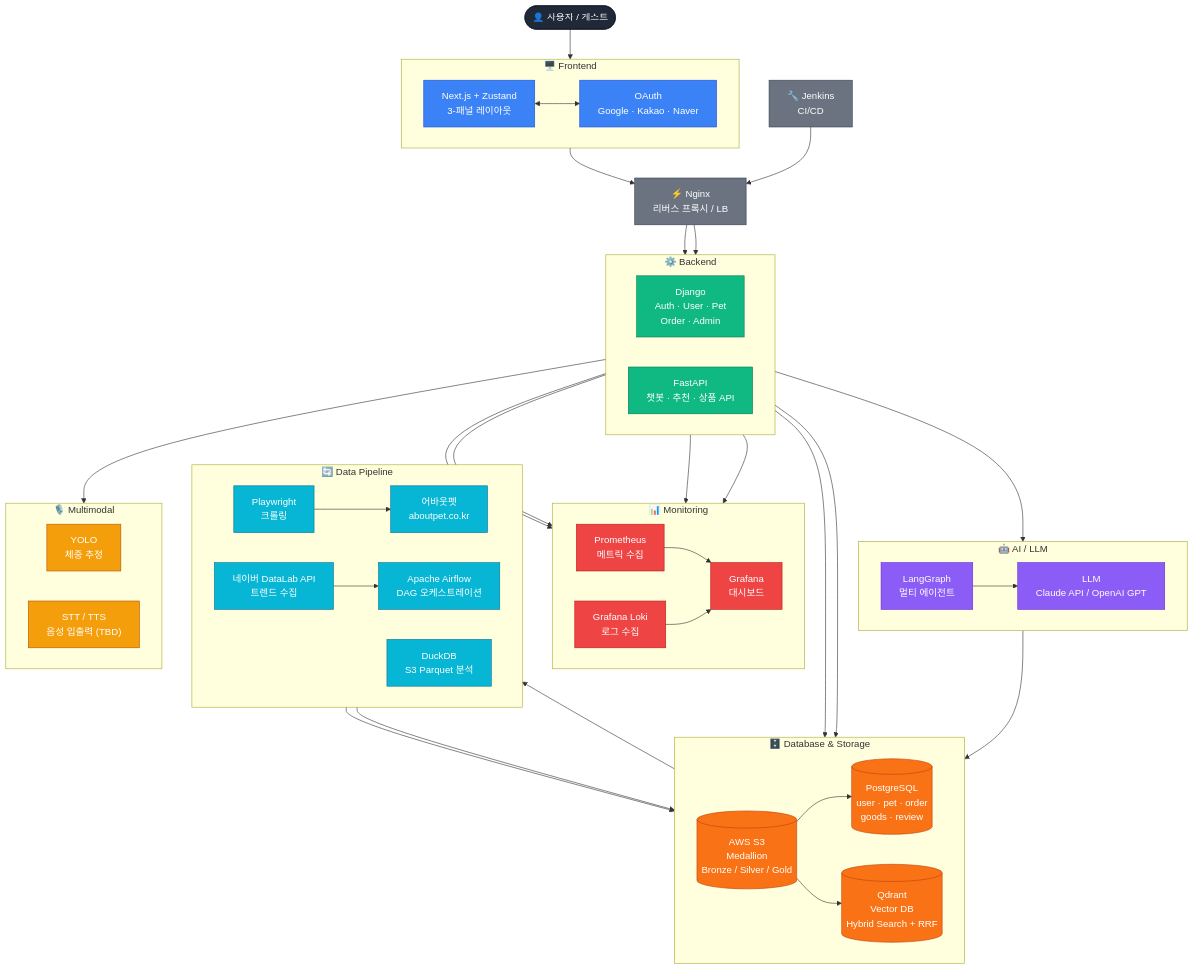
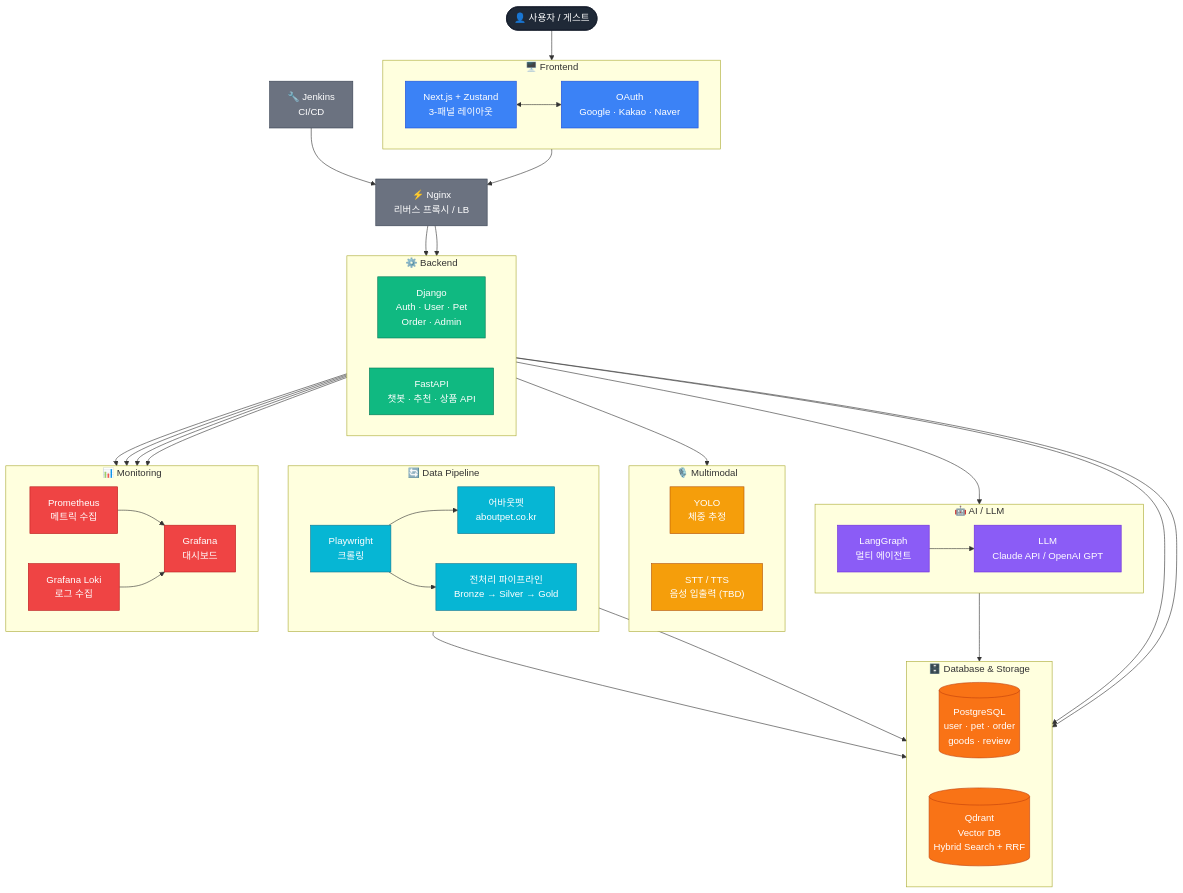
One commit to skn-ai22-251029/SKN22-Final-2Team-WEB changed the diagram in docs/planning/02_system_architecture.md. Above: the diagram before and after it, drawn with Mermaid. The commit also changed other lines of this file and 3 other files, not shown here.

First line of the commit message:
docs: S3 Medallion / Airflow 아키텍처 제거 및 로컬 전처리 파이프라인으로 문서 업데이트 (#83)

````diff
--- a/docs/planning/02_system_architecture.md
+++ b/docs/planning/02_system_architecture.md
@@ -41,16 +41,13 @@
         direction LR
         PG[("PostgreSQL<br>user · pet · order<br>goods · review")]
         QDRANT[("Qdrant<br>Vector DB<br>Hybrid Search + RRF")]
-        S3[("AWS S3<br>Medallion<br>Bronze / Silver / Gold")]
     end
 
     subgraph PIPELINE["🔄 Data Pipeline"]
         direction LR
         ABOUTPET["어바웃펫<br>aboutpet.co.kr"]
         PW["Playwright<br>크롤링"]
-        NAVER["네이버 DataLab API<br>트렌드 수집"]
-        AIRFLOW["Apache Airflow<br>DAG 오케스트레이션"]
-        DUCKDB["DuckDB<br>S3 Parquet 분석"]
+        PREPROCESS["전처리 파이프라인<br>Bronze → Silver → Gold"]
     end
 
     subgraph MONITORING["📊 Monitoring"]
@@ -79,12 +76,9 @@
 
     %% 데이터 파이프라인
     PW --> ABOUTPET
-    PW --> S3
-    NAVER --> AIRFLOW
-    AIRFLOW --> S3
-    S3 --> PG
-    S3 --> QDRANT
-    S3 --> DUCKDB
+    PW --> PREPROCESS
+    PREPROCESS --> PG
+    PREPROCESS --> QDRANT
 
     %% 모니터링
     DJANGO --> LOKI
@@ -114,8 +108,8 @@
     class DJANGO,FASTAPI backend
     class LANGGRAPH,LLM ai
     class YOLO,STT multimodal
-    class PG,QDRANT,S3 db
-    class ABOUTPET,PW,NAVER,AIRFLOW,DUCKDB pipeline
+    class PG,QDRANT db
+    class ABOUTPET,PW,PREPROCESS pipeline
     class PROM,LOKI,GRAFANA monitoring
     class JENKINS infra
 ```
````
